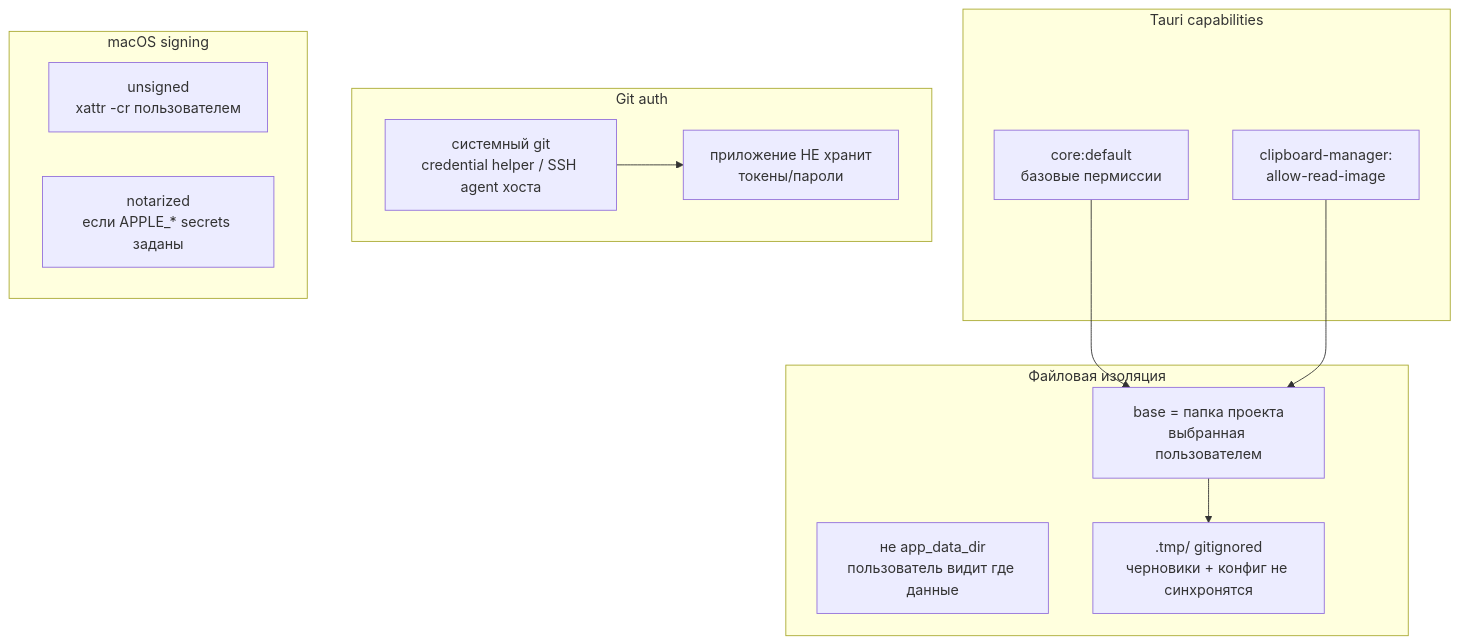
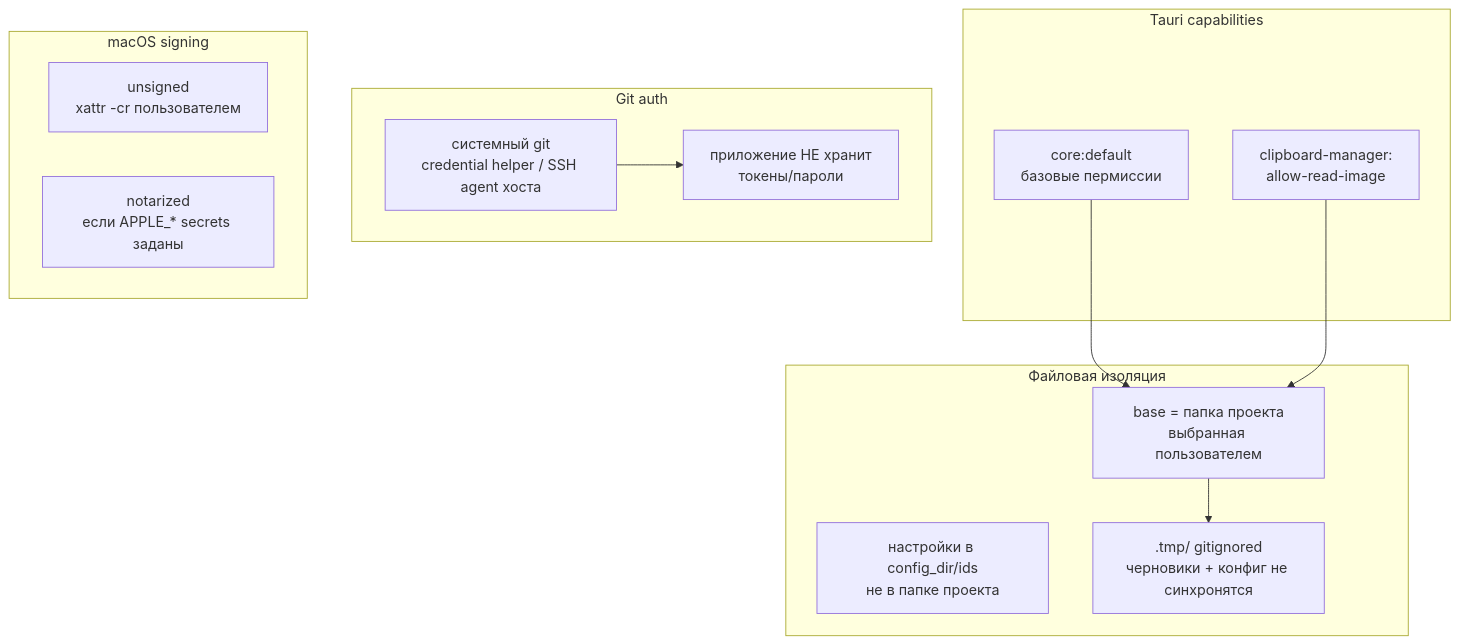
Diagram 13 of 16 in ARCHITECTURE.md (artamonovav/ids), drawn with Mermaid before and after one commit. The commit also changed other lines of this file and 11 other files, not shown here.

First line of the commit message:
feat(config): путь проекта в config.yaml, мастер при пустом пути, сброс и расширенная палитра

````diff
--- a/ARCHITECTURE.md
+++ b/ARCHITECTURE.md
@@ -684,28 +690,28 @@
 ```mermaid
 graph TB
     subgraph "Tauri capabilities"
         CORE[core:default<br/>базовые пермиссии]
         CLIP[clipboard-manager:<br/>allow-read-image]
     end
 
     subgraph "Файловая изоляция"
         BASE[base = папка проекта<br/>выбранная пользователем]
-        NO_HOME[не app_data_dir<br/>пользователь видит где данные]
+        NO_HOME[настройки в config_dir/ids<br/>не в папке проекта]
         GITIGNORE[.tmp/ gitignored<br/>черновики + конфиг не синхронятся]
     end
 
     subgraph "Git auth"
         HOST[системный git<br/>credential helper / SSH agent хоста]
         NO_APP[приложение НЕ хранит<br/>токены/пароли]
     end
 
     subgraph "macOS signing"
         UNSIGNED[unsigned<br/>xattr -cr пользователем]
         SIGNED[notarized<br/>если APPLE_* secrets заданы]
     end
 
     CORE --> BASE
     CLIP --> BASE
     BASE --> GITIGNORE
     HOST --> NO_APP
 ```
````
